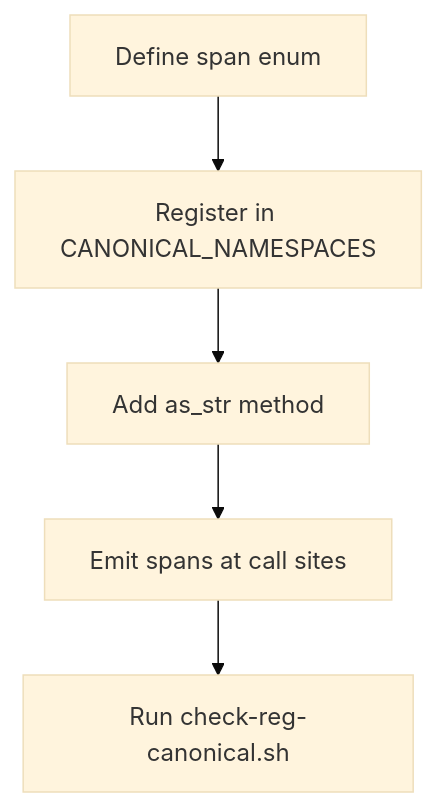
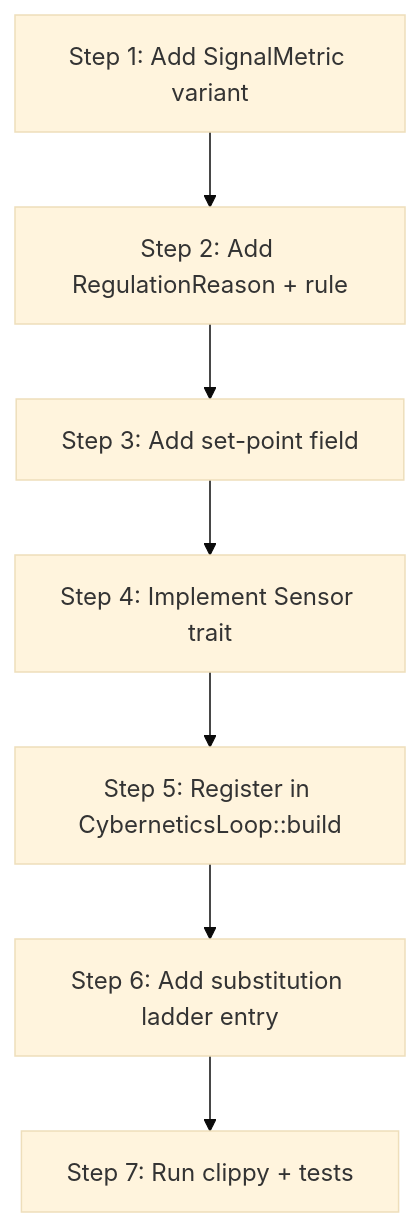
Before and after one commit to mdz-axo/zed-kask: the diagram in kask/docs/diataxis/hkask-regulation/how-to.md, drawn with Mermaid (base theme). The commit also changed other lines of this file and 24 other files, not shown here.

First line of the commit message:
Update regulation docs to v1.0 and add model ladder support

````diff
--- a/kask/docs/diataxis/hkask-regulation/how-to.md
+++ b/kask/docs/diataxis/hkask-regulation/how-to.md
@@ -29,7 +40,9 @@
 ```mermaid
 flowchart TD
-    A[Define span enum] --> B[Register in CANONICAL_NAMESPACES]
-    B --> C[Add as_str method]
-    C --> D[Emit spans at call sites]
-    D --> E[Run check-reg-canonical.sh]
+    A[Step 1: Add SignalMetric variant] --> B[Step 2: Add RegulationReason + rule]
+    B --> C[Step 3: Add set-point field]
+    C --> D[Step 4: Implement Sensor trait]
+    D --> E[Step 5: Register in CyberneticsLoop::build]
+    E --> F[Step 6: Add substitution ladder entry]
+    F --> G[Step 7: Run clippy + tests]
 ```
````
